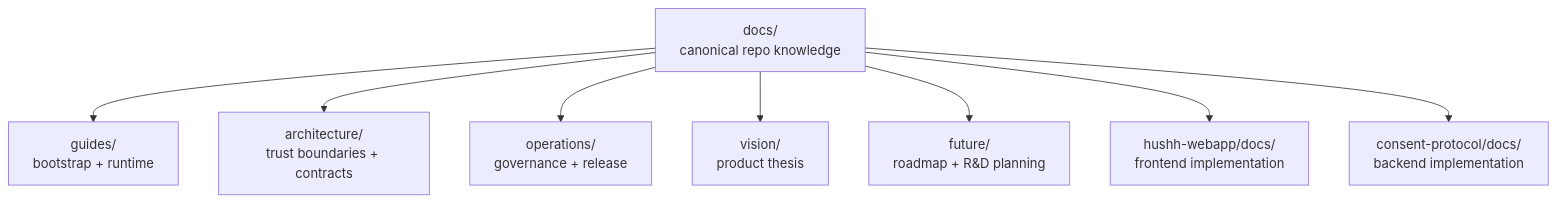
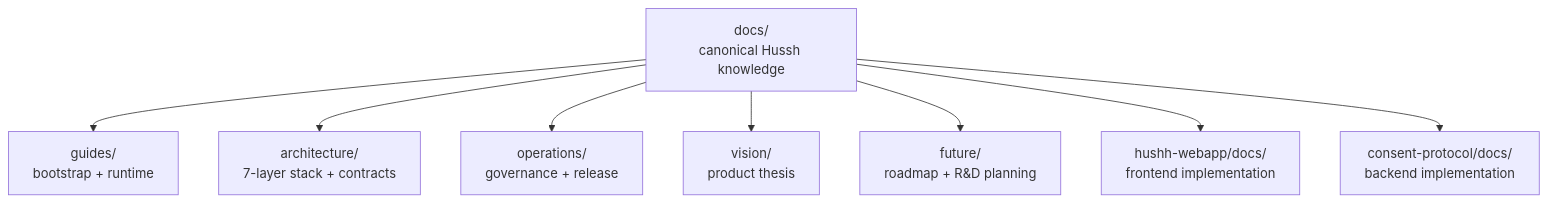
One commit to hushh-labs/hushh-research changed the diagram in docs/README.md. Above: the diagram before and after it, drawn with Mermaid. The commit also changed other lines of this file and 245 other files, not shown here.

````diff
--- a/docs/README.md
+++ b/docs/README.md
@@ -7,19 +7,19 @@
 ```mermaid
 flowchart TB
-  hub["docs/<br/>canonical repo knowledge"]
+  hub["docs/<br/>canonical Hussh knowledge"]
   guides["guides/<br/>bootstrap + runtime"]
-  architecture["architecture/<br/>trust boundaries + contracts"]
+  architecture["architecture/<br/>7-layer stack + contracts"]
   operations["operations/<br/>governance + release"]
   vision["vision/<br/>product thesis"]
   future["future/<br/>roadmap + R&D planning"]
   frontend["hushh-webapp/docs/<br/>frontend implementation"]
   backend["consent-protocol/docs/<br/>backend implementation"]
 
   hub --> guides
   hub --> architecture
   hub --> operations
   hub --> vision
   hub --> future
   hub --> frontend
   hub --> backend
 ```
````
